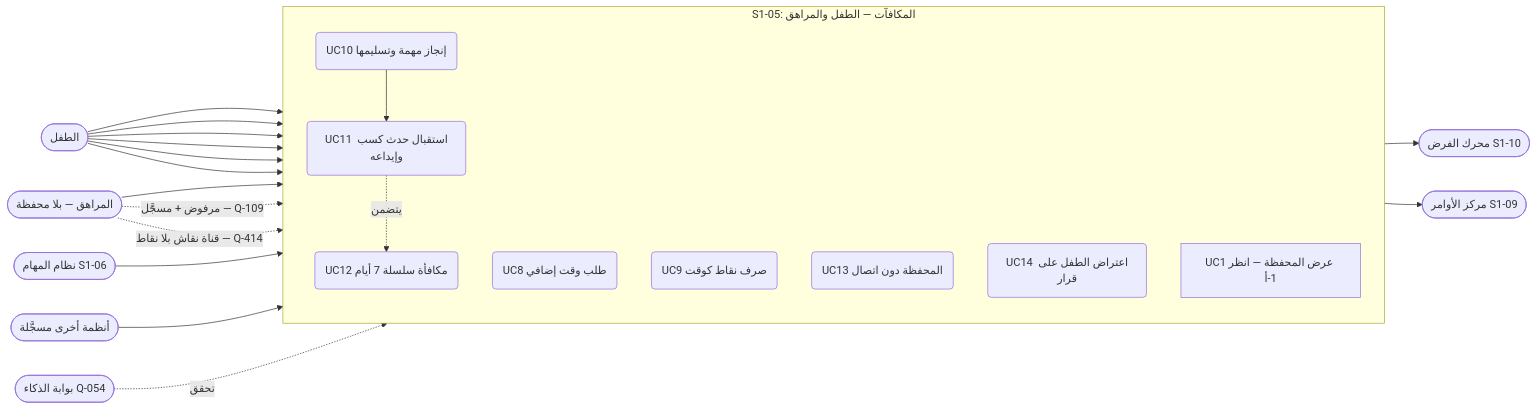
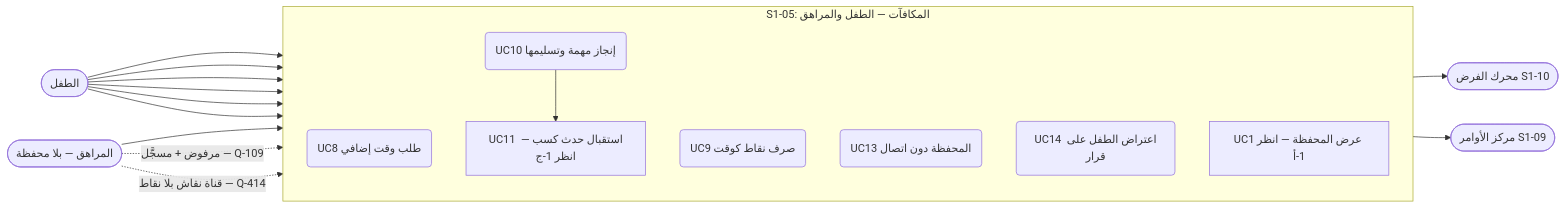
The second of 26 diagrams in docs/family-os/governance/phases/phase-1/S1-05-rewards-children/DIAGRAMS.md (Bassam-mohammed-alqaeadi/family-os-v2), drawn with Mermaid before and after one commit. The commit also changed other lines of this file, not shown here.

````diff
--- a/docs/family-os/governance/phases/phase-1/S1-05-rewards-children/DIAGRAMS.md
+++ b/docs/family-os/governance/phases/phase-1/S1-05-rewards-children/DIAGRAMS.md
@@ -61,39 +61,31 @@
 ```mermaid
 flowchart LR
     Child([الطفل])
     Teen([المراهق — بلا محفظة])
-    S106([نظام المهام S1-06])
-    Other([أنظمة أخرى مسجَّلة])
-    AI([بوابة الذكاء Q-054])
     S110([محرك الفرض S1-10])
     S109([مركز الأوامر S1-09])
 
     subgraph S105b [S1-05: المكافآت — الطفل والمراهق]
         direction TB
-        UC11(UC11 استقبال حدث كسب وإيداعه)
-        UC12(UC12 مكافأة سلسلة 7 أيام)
-        UC10(UC10 إنجاز مهمة وتسليمها)
         UC8(UC8 طلب وقت إضافي)
         UC9(UC9 صرف نقاط كوقت)
+        UC10(UC10 إنجاز مهمة وتسليمها)
         UC13(UC13 المحفظة دون اتصال)
         UC14(UC14 اعتراض الطفل على قرار)
         UC1x["UC1 عرض المحفظة — انظر 1-أ"]
+        UC11x["UC11 استقبال حدث كسب — انظر 1-ج"]
     end
 
     Child --> UC8
     Child --> UC9
     Child --> UC10
     Child --> UC13
     Child --> UC14
     Child --> UC1x
     Teen --> UC8
     Teen -.->|مرفوض + مسجَّل — Q-109| UC9
     Teen -.->|قناة نقاش بلا نقاط — Q-414| UC14
-    UC10 --> UC11
-    UC11 -.->|يتضمن| UC12
+    UC10 --> UC11x
     UC9 --> S110
     UC8 --> S109
-    S106 --> UC11
-    Other --> UC11
-    AI -.->|تحقق| UC11
 ```
````
